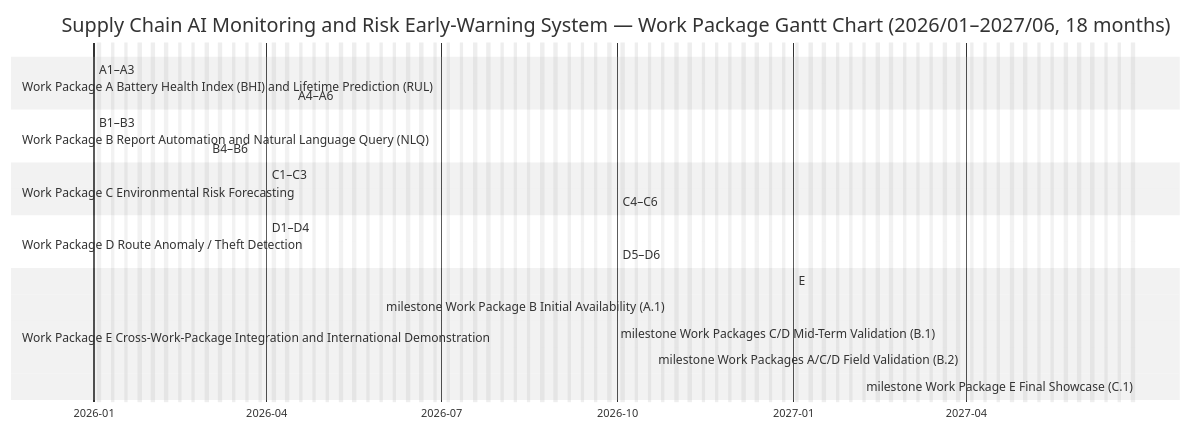
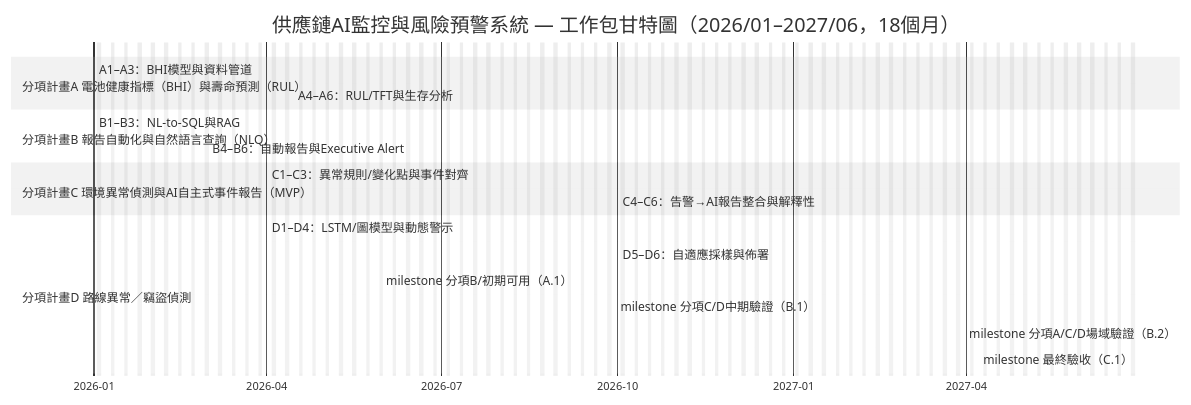
Before and after one commit to jshuo/ai-moea-proposal: the diagram in proposal/AI-Application-Enhancement-Program-Proposal-Submission.md, drawn with Mermaid (neutral theme). The commit also changed other lines of this file, not shown here.

````diff
--- a/proposal/AI-Application-Enhancement-Program-Proposal-Submission.md
+++ b/proposal/AI-Application-Enhancement-Program-Proposal-Submission.md
@@ -481,31 +468,28 @@
 ```mermaid
 gantt
-  title Supply Chain AI Monitoring and Risk Early-Warning System — Work Package Gantt Chart (2026/01–2027/06, 18 months)
+  title 供應鏈AI監控與風險預警系統 — 工作包甘特圖（2026/01–2027/06，18個月）
   dateFormat  YYYY-MM-DD
   axisFormat  %Y-%m
   excludes    weekends
 
-   section Work Package A Battery Health Index (BHI) and Lifetime Prediction (RUL)
-   A1–A3: BHI Models and Data Pipelines          :a1, 2026-01-01, 4m
-   A4–A6: RUL/TFT and Survival Analysis          :a2, 2026-04-15, 6m
+   section 分項計畫A 電池健康指標（BHI）與壽命預測（RUL）
+   A1–A3：BHI模型與資料管道          :a1, 2026-01-01, 4m
+   A4–A6：RUL/TFT與生存分析           :a2, 2026-04-15, 6m
 
-   section Work Package B Report Automation and Natural Language Query (NLQ)
-   B1–B3: NL-to-SQL and RAG                      :b1, 2026-01-01, 3.5m
-   B4–B6: Auto-Reporting and Executive Alerts    :b2, 2026-03-01, 2.5m
+   section 分項計畫B 報告自動化與自然語言查詢（NLQ）
+   B1–B3：NL-to-SQL與RAG            :b1, 2026-01-01, 3.5m
+   B4–B6：自動報告與Executive Alert  :b2, 2026-03-01, 2.5m
 
-   section Work Package C Environmental Risk Forecasting
-   C1–C3: Multivariate Time-Series Datasets and TFT  :c1, 2026-04-01, 8m
-   C4–C6: Violation Early Warning and Explainability :c2, 2026-10-01, 4m
+  section 分項計畫C 環境異常偵測與AI自主式事件報告（MVP）
+  C1–C3：異常規則/變化點與事件對齊  :c1, 2026-04-01, 8m
+  C4–C6：告警→AI報告整合與解釋性     :c2, 2026-10-01, 4m
 
-   section Work Package D Route Anomaly / Theft Detection
-   D1–D4: LSTM/Graph Models and Dynamic Alerts       :d1, 2026-04-01, 9m
-   D5–D6: Adaptive Sampling and Deployment           :d2, 2026-10-01, 5m
+   section 分項計畫D 路線異常／竊盜偵測
+   D1–D4：LSTM/圖模型與動態警示      :d1, 2026-04-01, 9m
+   D5–D6：自適應採樣與佈署          :d2, 2026-10-01, 5m
 
-   section Work Package E Cross-Work-Package Integration and International Demonstration
-   E: Integrated Demo / White Paper / Conference Showcases :e, 2027-01-01, 6m
-
-   milestone Work Package B Initial Availability (A.1)       :m1, 2026-05-31, 0d
-   milestone Work Packages C/D Mid-Term Validation (B.1)     :m2, 2026-09-30, 0d
-   milestone Work Packages A/C/D Field Validation (B.2)      :m3, 2027-03-31, 0d
-   milestone Work Package E Final Showcase (C.1)             :m4, 2027-06-30, 0d
+   milestone 分項B/初期可用（A.1）   :m1, 2026-05-31, 0d
+   milestone 分項C/D中期驗證（B.1）  :m2, 2026-09-30, 0d
+   milestone 分項A/C/D場域驗證（B.2）:m3, 2027-03-31, 0d
+  milestone 最終驗收（C.1）         :m4, 2027-06-30, 0d
 ```
````
